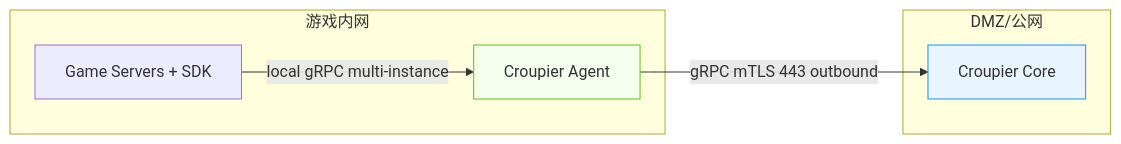
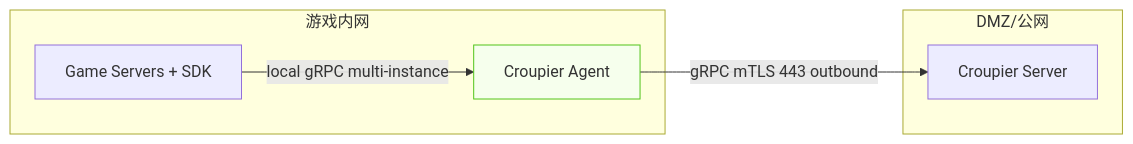
Before and after one commit to cuihairu/croupier: the third of 4 diagrams in README.md, drawn with Mermaid. The commit also changed other lines of this file and 4 other files, not shown here.

Commit message:
docs: rename Core concept to Server across README and docs

````diff
--- a/README.md
+++ b/README.md
@@ -135,16 +135,16 @@
 ```mermaid
 graph LR
   subgraph DMZ[DMZ/公网]
-    Core[Croupier Core]
+    Server[Croupier Server]
   end
   subgraph NETA[游戏内网]
     A[Croupier Agent]
     GS[Game Servers + SDK]
   end
-  A -->|gRPC mTLS 443 outbound| Core
+  A -->|gRPC mTLS 443 outbound| Server
   GS -->|local gRPC multi-instance| A
   classDef core fill:#e8f5ff,stroke:#1890ff;
   classDef agent fill:#f6ffed,stroke:#52c41a;
-  class Core core
+  class Server server
   class A agent
 ```
````
